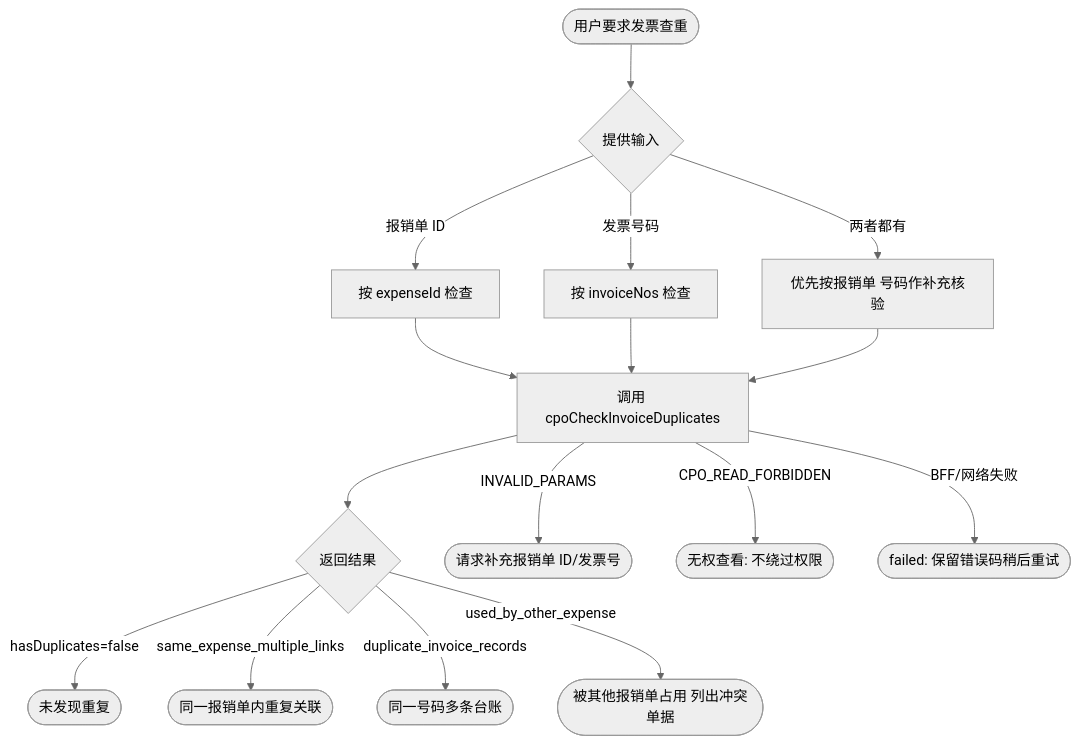
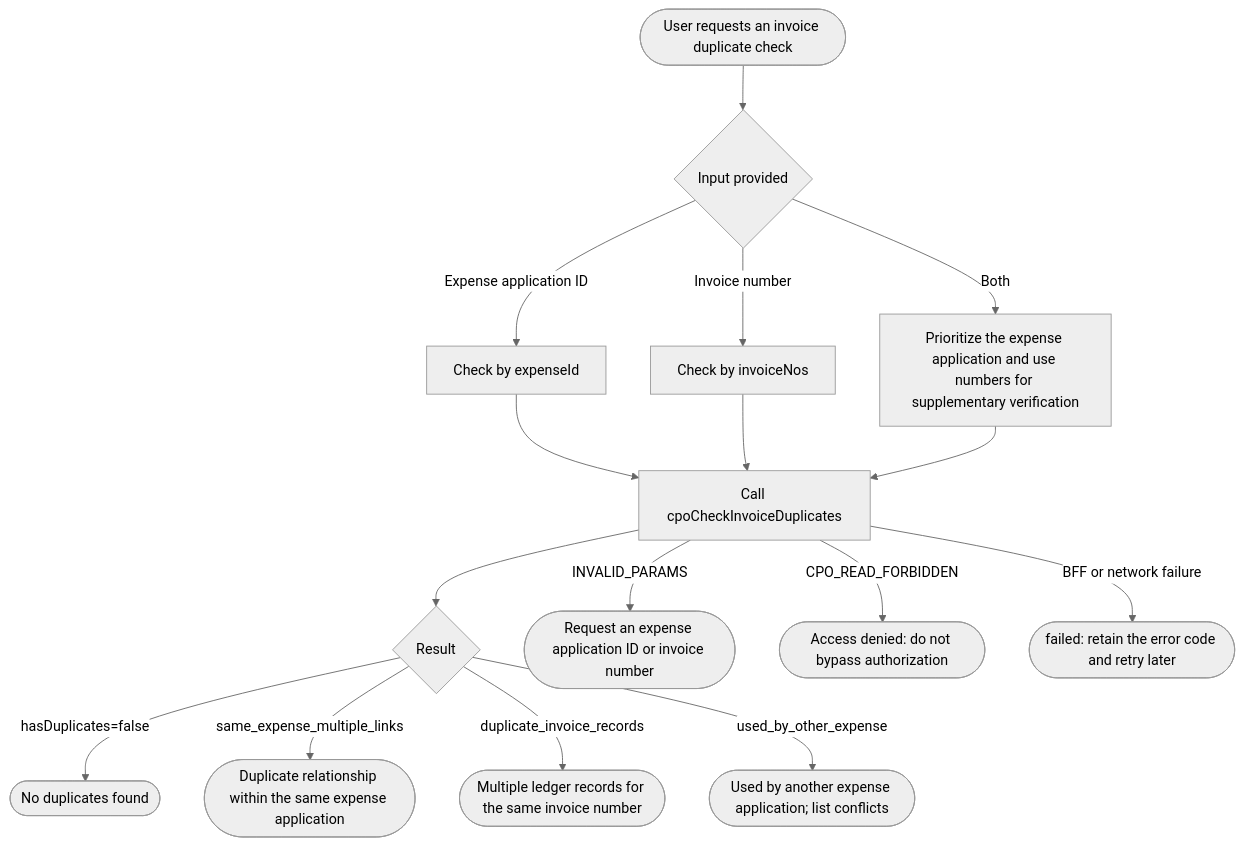
The diagram in .agents/skills/cpo-invoice-duplicate-check/SKILL.md (lovrabet/ei-demo), drawn with Mermaid (neutral theme) before and after one commit. The commit also changed other lines of this file and 80 other files, not shown here.

````diff
--- a/.agents/skills/cpo-invoice-duplicate-check/SKILL.md
+++ b/.agents/skills/cpo-invoice-duplicate-check/SKILL.md
@@ -16,18 +16,18 @@
 ```mermaid
 flowchart TD
-  Start([用户要求发票查重]) --> L1{提供输入}
-  L1 -- 报销单 ID --> P1[按 expenseId 检查]
-  L1 -- 发票号码 --> P2[按 invoiceNos 检查]
-  L1 -- 两者都有 --> P3[优先按报销单 号码作补充核验]
-  P1 --> CALL[调用 cpoCheckInvoiceDuplicates]
+  Start([User requests an invoice duplicate check]) --> L1{Input provided}
+  L1 -- Expense application ID --> P1[Check by expenseId]
+  L1 -- Invoice number --> P2[Check by invoiceNos]
+  L1 -- Both --> P3[Prioritize the expense application and use numbers for supplementary verification]
+  P1 --> CALL[Call cpoCheckInvoiceDuplicates]
   P2 --> CALL
   P3 --> CALL
-  CALL --> R1{返回结果}
-  R1 -- hasDuplicates=false --> E1([未发现重复])
-  R1 -- same_expense_multiple_links --> E2([同一报销单内重复关联])
-  R1 -- duplicate_invoice_records --> E3([同一号码多条台账])
-  R1 -- used_by_other_expense --> E4([被其他报销单占用 列出冲突单据])
-  CALL -- INVALID_PARAMS --> E5([请求补充报销单 ID/发票号])
-  CALL -- CPO_READ_FORBIDDEN --> E6([无权查看: 不绕过权限])
-  CALL -- BFF/网络失败 --> E7([failed: 保留错误码稍后重试])
+  CALL --> R1{Result}
+  R1 -- hasDuplicates=false --> E1([No duplicates found])
+  R1 -- same_expense_multiple_links --> E2([Duplicate relationship within the same expense application])
+  R1 -- duplicate_invoice_records --> E3([Multiple ledger records for the same invoice number])
+  R1 -- used_by_other_expense --> E4([Used by another expense application; list conflicts])
+  CALL -- INVALID_PARAMS --> E5([Request an expense application ID or invoice number])
+  CALL -- CPO_READ_FORBIDDEN --> E6([Access denied: do not bypass authorization])
+  CALL -- BFF or network failure --> E7([failed: retain the error code and retry later])
 ```
````
